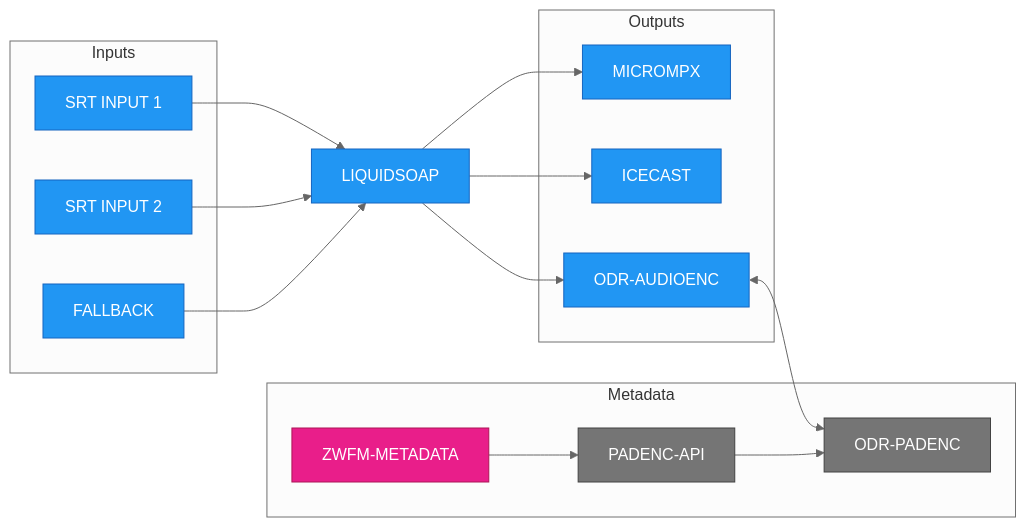
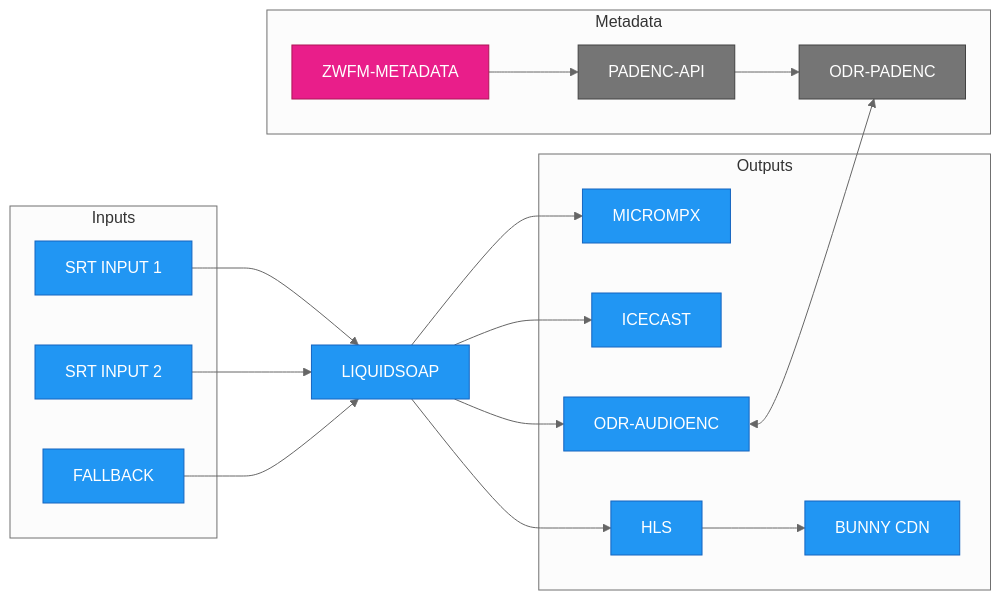
The diagram in README.md (oszuidwest/zwfm-liquidsoap), drawn with Mermaid (neutral theme) before and after one commit. The commit also changed other lines of this file and 11 other files, not shown here.

Commit message:
feat: add Bunny-backed HLS output (#98)

````diff
--- a/README.md
+++ b/README.md
@@ -15,42 +15,46 @@
 ```mermaid
 flowchart LR
     subgraph inputs [" Inputs "]
         SRT1["SRT INPUT 1"]
         SRT2["SRT INPUT 2"]
         FALLBACK["FALLBACK"]
     end
 
     LIQUIDSOAP["LIQUIDSOAP"]
 
     subgraph outputs [" Outputs "]
         MICROMPX["MICROMPX"]
         ICECAST["ICECAST"]
+        HLS["HLS"]
+        BUNNY["BUNNY CDN"]
         ODR["ODR-AUDIOENC"]
     end
 
     subgraph metadata [" Metadata "]
         PADENC["ODR-PADENC"]
         PADAPI["PADENC-API"]
         ZWFM["ZWFM-METADATA"]
     end
 
     SRT1 --> LIQUIDSOAP
     SRT2 --> LIQUIDSOAP
     FALLBACK --> LIQUIDSOAP
 
     LIQUIDSOAP --> MICROMPX
     LIQUIDSOAP --> ICECAST
+    LIQUIDSOAP --> HLS
+    HLS --> BUNNY
     LIQUIDSOAP --> ODR
 
     ODR <--> PADENC
     PADAPI --> PADENC
     ZWFM --> PADAPI
 
     classDef blue fill:#2196F3,stroke:#1565C0,color:#fff
     classDef gray fill:#757575,stroke:#424242,color:#fff
     classDef pink fill:#E91E8A,stroke:#AD1457,color:#fff
 
-    class SRT1,SRT2,FALLBACK,LIQUIDSOAP,MICROMPX,ICECAST,ODR blue
+    class SRT1,SRT2,FALLBACK,LIQUIDSOAP,MICROMPX,ICECAST,HLS,BUNNY,ODR blue
     class PADENC,PADAPI gray
     class ZWFM pink
 ```
````
